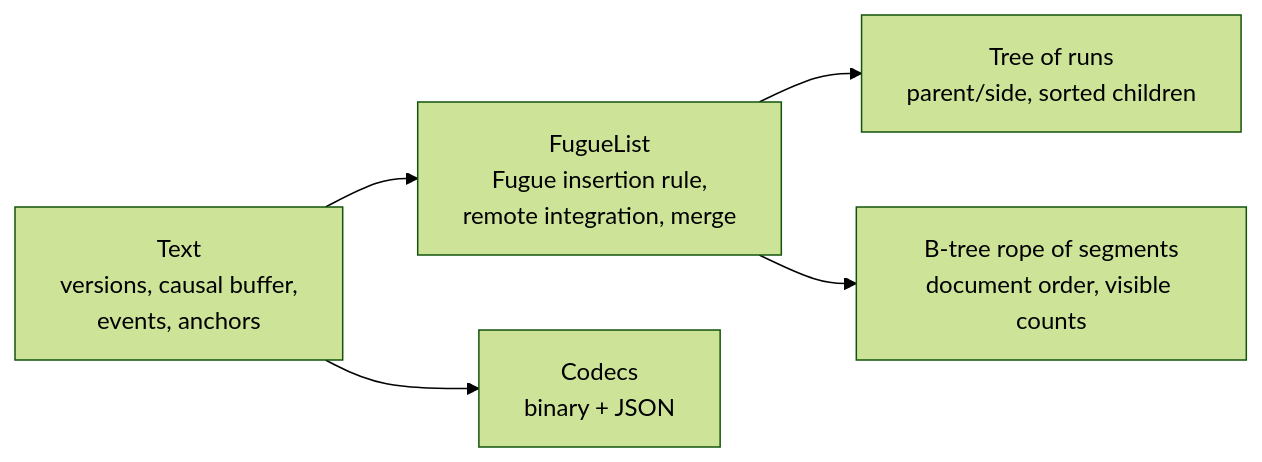
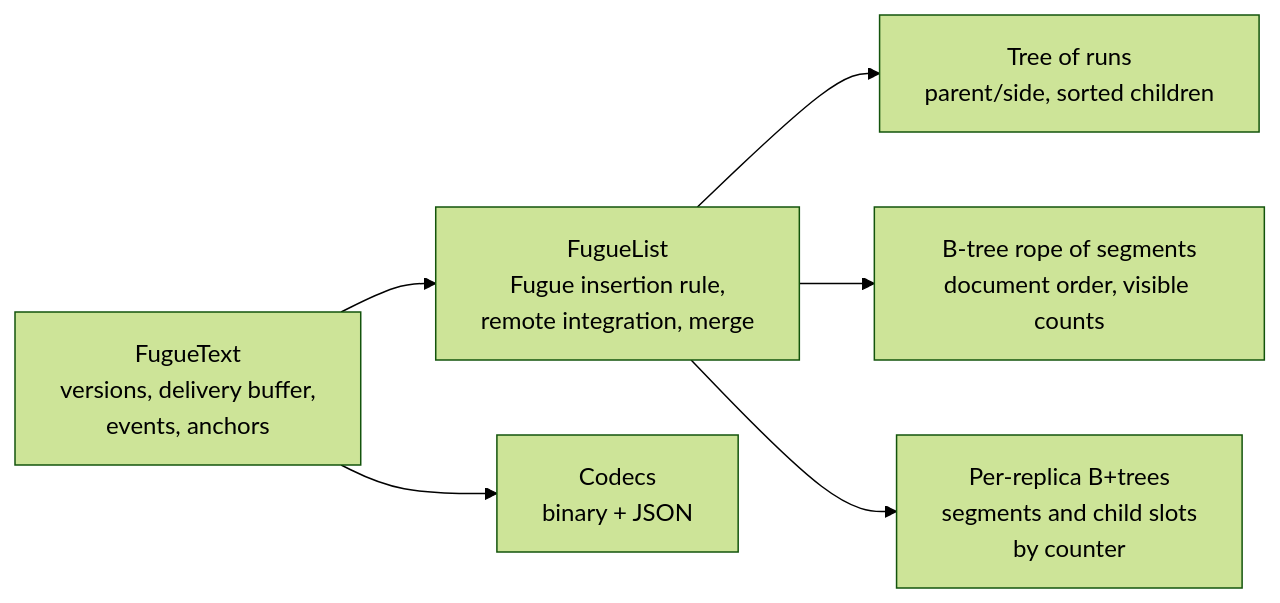
The diagram in README.md (aozmekik/fugue-text), drawn with Mermaid (forest theme) before and after one commit. The commit also changed other lines of this file and 5 other files, not shown here.

````diff
--- a/README.md
+++ b/README.md
@@ -113,7 +129,8 @@
 ```mermaid
 flowchart LR
-  T["Text<br/>versions, causal buffer,<br/>events, anchors"] --> L["FugueList<br/>Fugue insertion rule,<br/>remote integration, merge"]
+  T["FugueText<br/>versions, delivery buffer,<br/>events, anchors"] --> L["FugueList<br/>Fugue insertion rule,<br/>remote integration, merge"]
   L --> R["Tree of runs<br/>parent/side, sorted children"]
   L --> B["B-tree rope of segments<br/>document order, visible counts"]
+  L --> I["Per-replica B+trees<br/>segments and child slots<br/>by counter"]
   T --> E["Codecs<br/>binary + JSON"]
 ```
````
